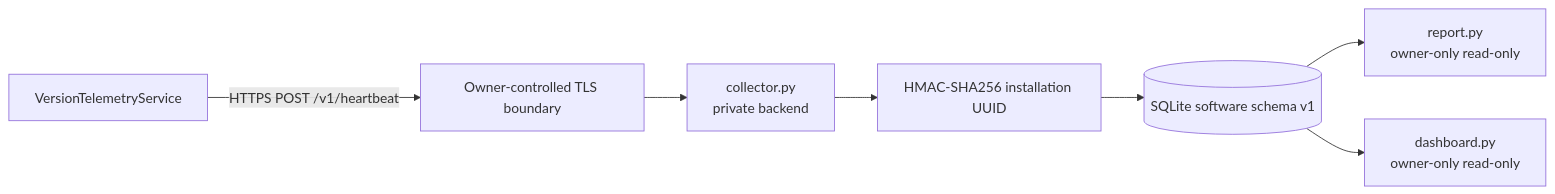
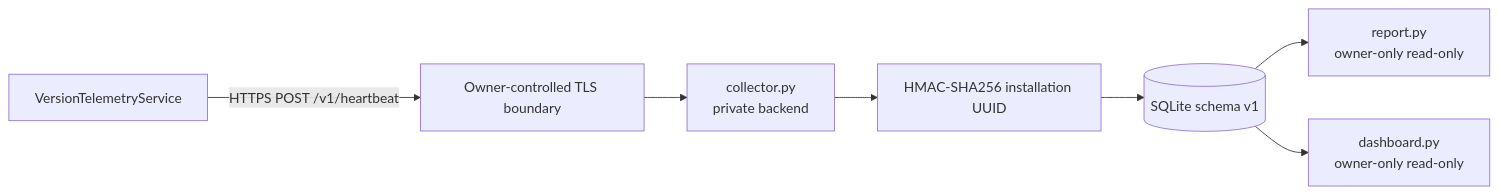
One commit to TumanovNV/impuls changed the diagram in knowledge-base/07-web/version-statistics-collector.md. Above: the diagram before and after it, drawn with Mermaid. The commit also changed other lines of this file, not shown here.

````diff
--- a/knowledge-base/07-web/version-statistics-collector.md
+++ b/knowledge-base/07-web/version-statistics-collector.md
@@ -29,9 +29,9 @@
 ```mermaid
 flowchart LR
     APP[VersionTelemetryService] -->|HTTPS POST /v1/heartbeat| RP[Owner-controlled TLS boundary]
     RP --> COL[collector.py\nprivate backend]
     COL --> H[HMAC-SHA256 installation UUID]
-    H --> DB[(SQLite software schema v1)]
+    H --> DB[(SQLite schema v1)]
     DB --> REP[report.py\nowner-only read-only]
     DB --> DASH[dashboard.py\nowner-only read-only]
 ```
````
